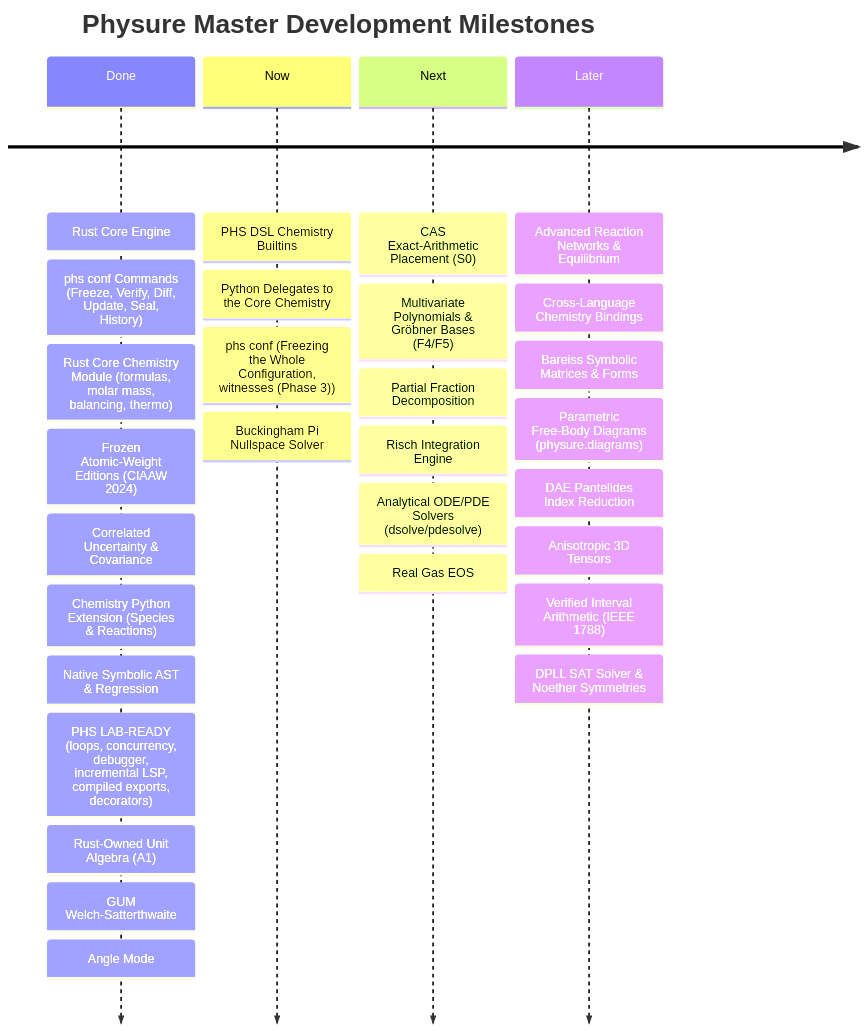
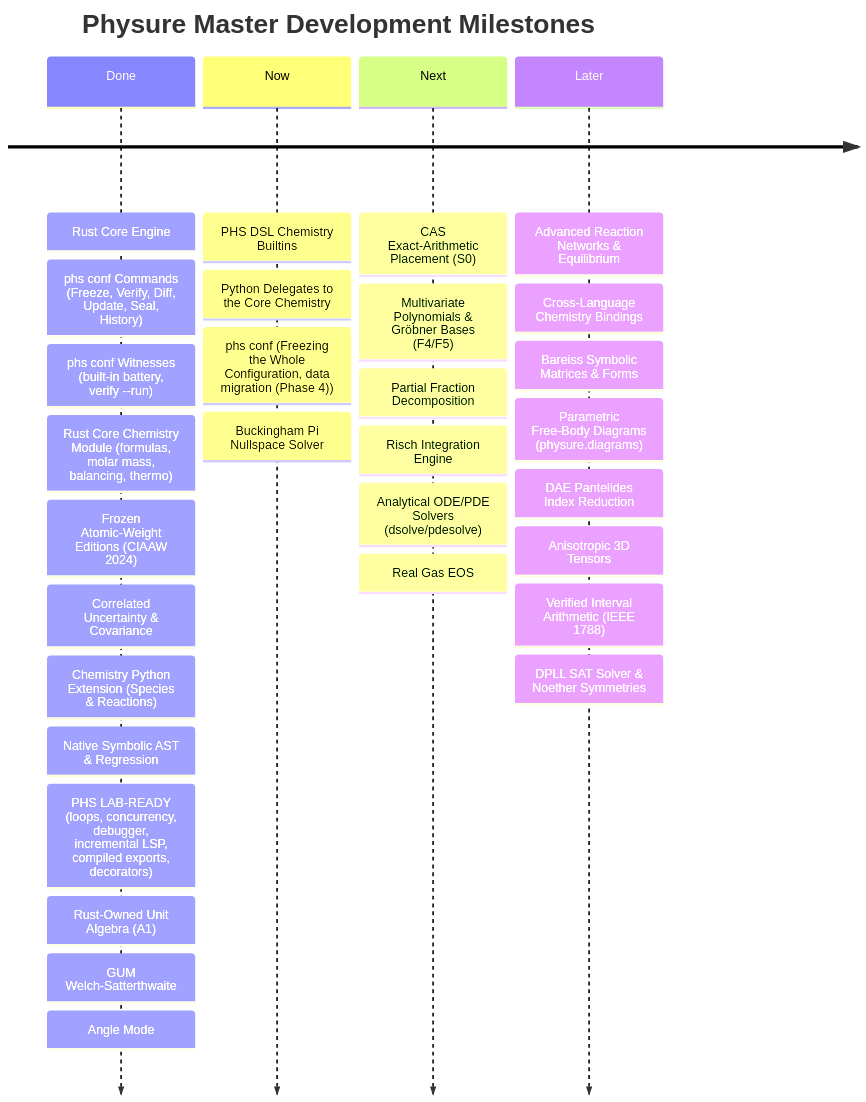
The diagram in ROADMAP.md (Alexisrx96/physure), drawn with Mermaid before and after one commit. The commit also changed other lines of this file and 3 other files, not shown here.

First line of the commit message:
docs: Phase 3 of the configuration freeze done - roadmaps, changelog, structure (B6)

````diff
--- a/ROADMAP.md
+++ b/ROADMAP.md
@@ -61,8 +61,8 @@
 ```mermaid
 timeline
     title Physure Master Development Milestones
-    Done : Rust Core Engine : phs conf Commands (Freeze, Verify, Diff, Update, Seal, History) : Rust Core Chemistry Module (formulas, molar mass, balancing, thermo) : Frozen Atomic-Weight Editions (CIAAW 2024) : Correlated Uncertainty & Covariance : Chemistry Python Extension (Species & Reactions) : Native Symbolic AST & Regression : PHS LAB-READY (loops, concurrency, debugger, incremental LSP, compiled exports, decorators) : Rust-Owned Unit Algebra (A1) : GUM Welch-Satterthwaite : Angle Mode
-    Now : PHS DSL Chemistry Builtins : Python Delegates to the Core Chemistry : phs conf (Freezing the Whole Configuration, witnesses (Phase 3)) : Buckingham Pi Nullspace Solver
+    Done : Rust Core Engine : phs conf Commands (Freeze, Verify, Diff, Update, Seal, History) : phs conf Witnesses (built-in battery, verify --run) : Rust Core Chemistry Module (formulas, molar mass, balancing, thermo) : Frozen Atomic-Weight Editions (CIAAW 2024) : Correlated Uncertainty & Covariance : Chemistry Python Extension (Species & Reactions) : Native Symbolic AST & Regression : PHS LAB-READY (loops, concurrency, debugger, incremental LSP, compiled exports, decorators) : Rust-Owned Unit Algebra (A1) : GUM Welch-Satterthwaite : Angle Mode
+    Now : PHS DSL Chemistry Builtins : Python Delegates to the Core Chemistry : phs conf (Freezing the Whole Configuration, data migration (Phase 4)) : Buckingham Pi Nullspace Solver
     Next : CAS Exact-Arithmetic Placement (S0) : Multivariate Polynomials & Gröbner Bases (F4/F5) : Partial Fraction Decomposition : Risch Integration Engine : Analytical ODE/PDE Solvers (dsolve/pdesolve) : Real Gas EOS
     Later : Advanced Reaction Networks & Equilibrium : Cross-Language Chemistry Bindings : Bareiss Symbolic Matrices & Forms : Parametric Free-Body Diagrams (physure.diagrams) : DAE Pantelides Index Reduction : Anisotropic 3D Tensors : Verified Interval Arithmetic (IEEE 1788) : DPLL SAT Solver & Noether Symmetries
 ```
````
